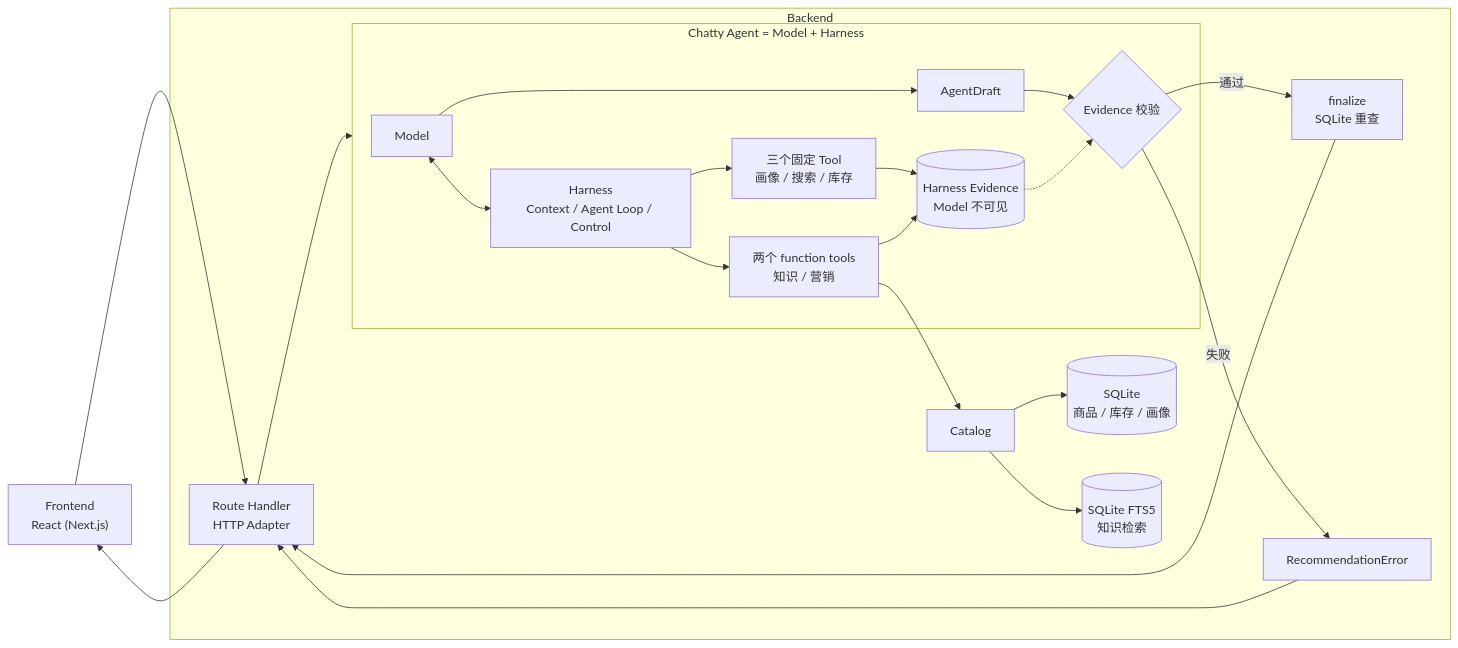
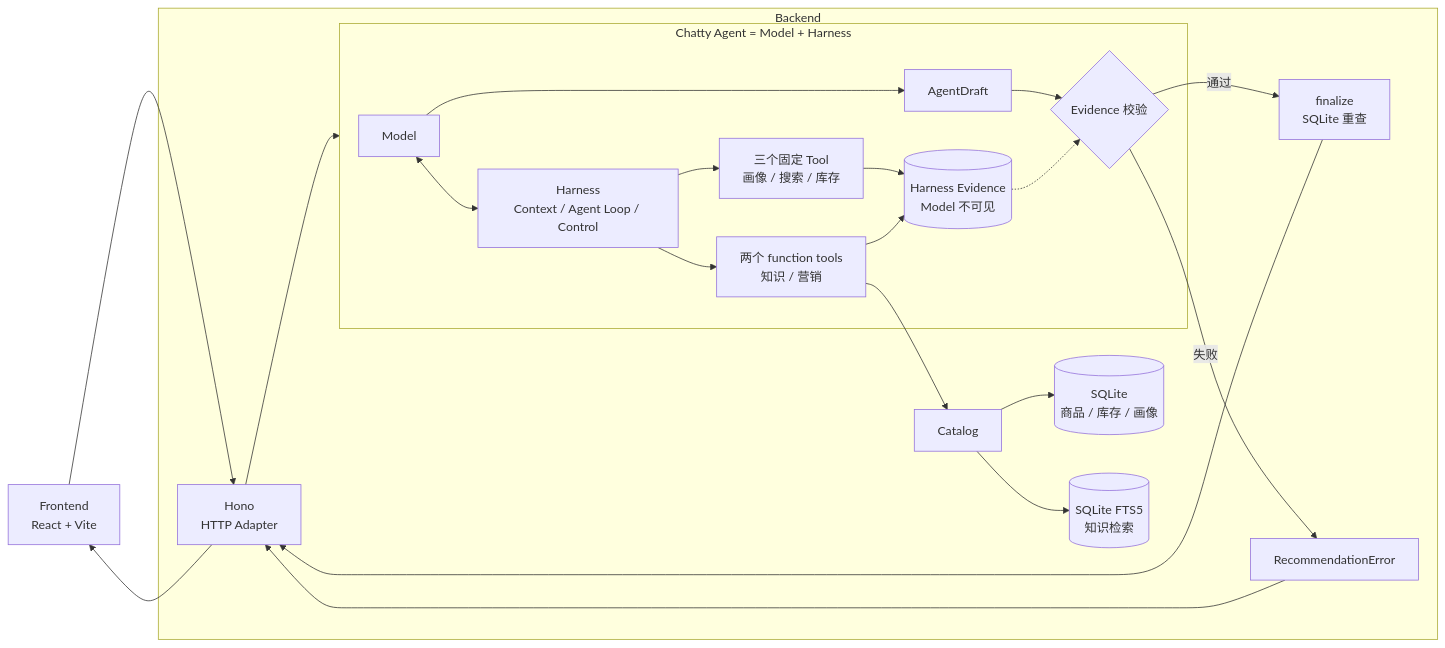
One commit to ImWenyaoT/chatty changed the diagram in docs/chatty-book/chapter1.md. Above: the diagram before and after it, drawn with Mermaid. The commit also changed other lines of this file and 47 other files, not shown here.

````diff
--- a/docs/chatty-book/chapter1.md
+++ b/docs/chatty-book/chapter1.md
@@ -17,25 +17,25 @@
 ```mermaid
 flowchart LR
-    UI["Frontend<br/>React (Next.js)"] --> API
+    UI["Frontend<br/>React + Vite"] --> API
     subgraph Backend["Backend"]
-        API["Route Handler<br/>HTTP Adapter"] --> A
+        API["Hono<br/>HTTP Adapter"] --> A
         subgraph A["Chatty Agent = Model + Harness"]
             M["Model"] <--> H["Harness<br/>Context / Agent Loop / Control"]
             H --> F["三个固定 Tool<br/>画像 / 搜索 / 库存"]
             H --> T["两个 function tools<br/>知识 / 营销"]
             F --> E
             T --> E[("Harness Evidence<br/>Model 不可见")]
             M --> D["AgentDraft"]
             D --> V{"Evidence 校验"}
             E -.-> V
         end
         T --> CAT["Catalog"]
         CAT --> DB[("SQLite<br/>商品 / 库存 / 画像")]
         CAT --> FTS[("SQLite FTS5<br/>知识检索")]
         V -->|"通过"| FIN["finalize<br/>SQLite 重查"]
         V -->|"失败"| ERR["RecommendationError"]
         FIN --> API
         ERR --> API
     end
     API --> UI
 ```
````
